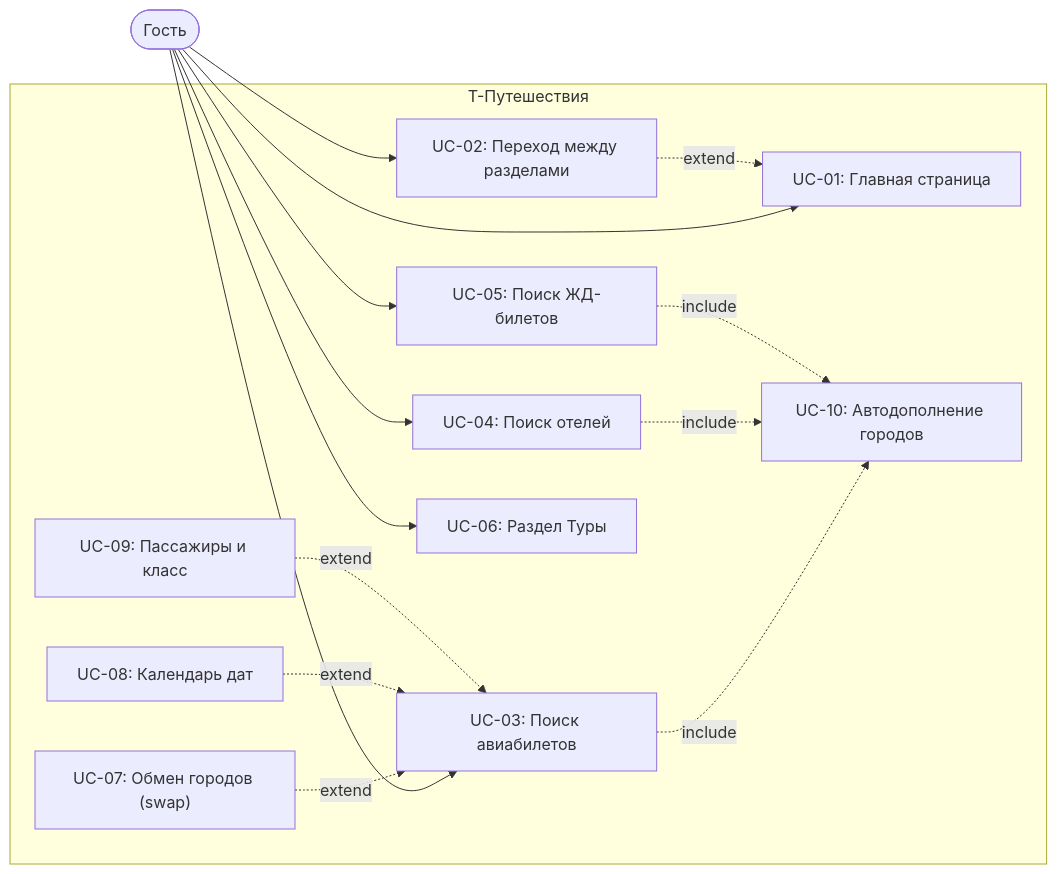
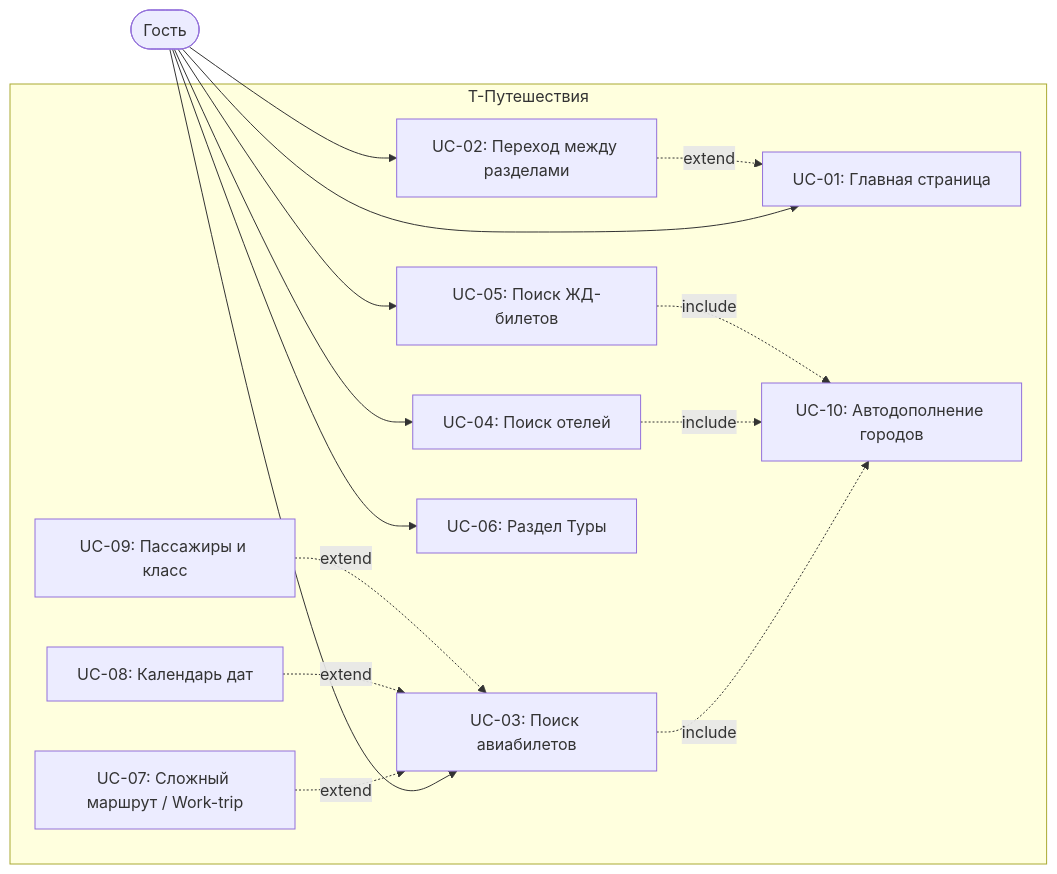
The second of 2 diagrams in docs/use-case-diagram.md (PaulLocust/tpo-lab3), drawn with Mermaid before and after one commit. The commit also changed other lines of this file and 23 other files, not shown here.

````diff
--- a/docs/use-case-diagram.md
+++ b/docs/use-case-diagram.md
@@ -51,34 +50,34 @@
 ```mermaid
 flowchart LR
     Guest(["Гость"])
 
     subgraph TT ["T-Путешествия"]
         UC01["UC-01: Главная страница"]
         UC02["UC-02: Переход между разделами"]
         UC03["UC-03: Поиск авиабилетов"]
         UC04["UC-04: Поиск отелей"]
         UC05["UC-05: Поиск ЖД-билетов"]
         UC06["UC-06: Раздел Туры"]
-        UC07["UC-07: Обмен городов (swap)"]
+        UC07["UC-07: Сложный маршрут / Work-trip"]
         UC08["UC-08: Календарь дат"]
         UC09["UC-09: Пассажиры и класс"]
         UC10["UC-10: Автодополнение городов"]
     end
 
     Guest --> UC01
     Guest --> UC02
     Guest --> UC03
     Guest --> UC04
     Guest --> UC05
     Guest --> UC06
 
     UC07 -.->|extend| UC03
     UC08 -.->|extend| UC03
     UC09 -.->|extend| UC03
 
     UC03 -.->|include| UC10
     UC04 -.->|include| UC10
     UC05 -.->|include| UC10
 
     UC02 -.->|extend| UC01
 ```
````
